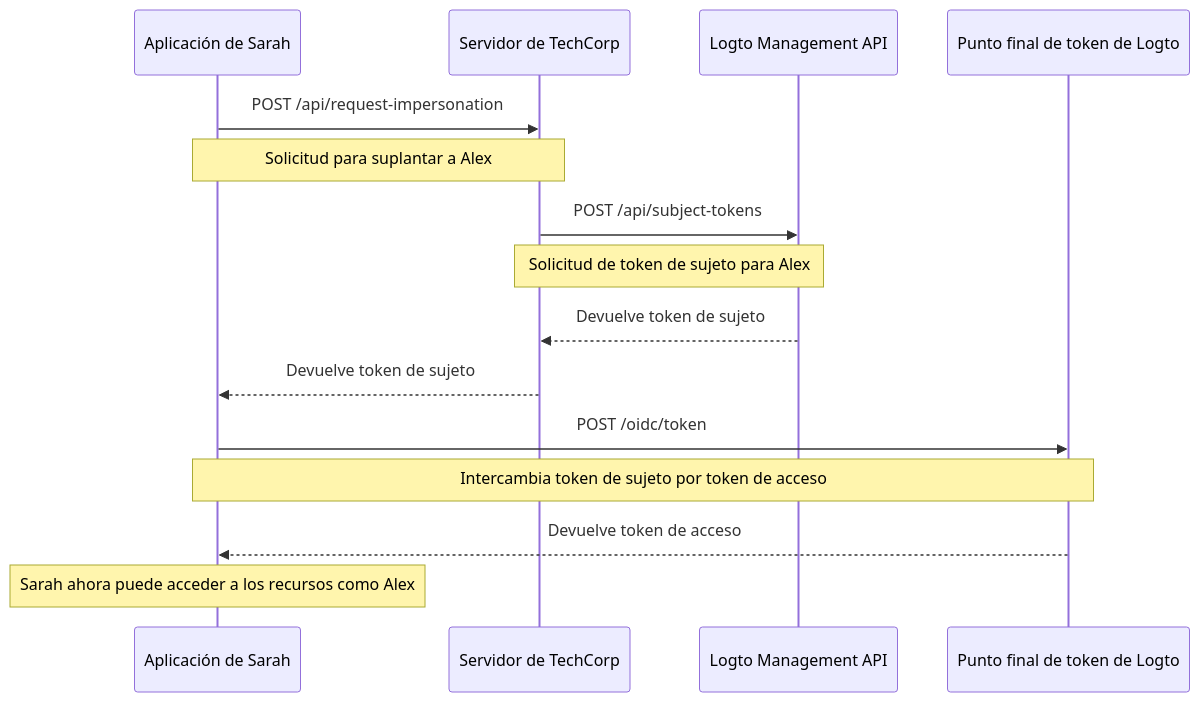
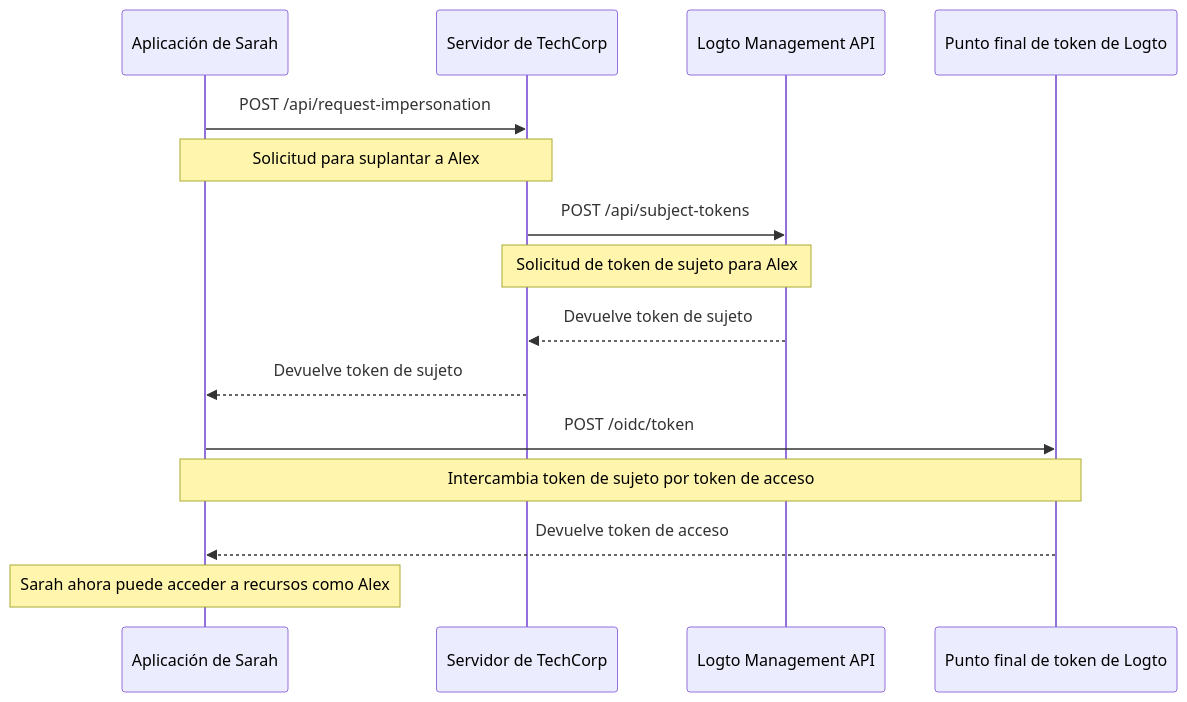
The diagram in i18n/es/docusaurus-plugin-content-docs/current/developers/user-impersonation.mdx (logto-io/docs), drawn with Mermaid before and after one commit. The commit also changed other lines of this file and 53 other files, not shown here.

````diff
--- a/i18n/es/docusaurus-plugin-content-docs/current/developers/user-impersonation.mdx
+++ b/i18n/es/docusaurus-plugin-content-docs/current/developers/user-impersonation.mdx
@@ -16,22 +18,22 @@
 ```mermaid
 sequenceDiagram
     participant Sarah as Aplicación de Sarah
     participant TechCorp as Servidor de TechCorp
     participant Logto as Logto Management API
     participant LogtoToken as Punto final de token de Logto
 
     Sarah->>TechCorp: POST /api/request-impersonation
     Note over Sarah,TechCorp: Solicitud para suplantar a Alex
 
     TechCorp->>Logto: POST /api/subject-tokens
     Note over TechCorp,Logto: Solicitud de token de sujeto para Alex
 
     Logto-->>TechCorp: Devuelve token de sujeto
     TechCorp-->>Sarah: Devuelve token de sujeto
 
     Sarah->>LogtoToken: POST /oidc/token
     Note over Sarah,LogtoToken: Intercambia token de sujeto por token de acceso
 
     LogtoToken-->>Sarah: Devuelve token de acceso
-    Note over Sarah: Sarah ahora puede acceder a los recursos como Alex
+    Note over Sarah: Sarah ahora puede acceder a recursos como Alex
 ```
````
